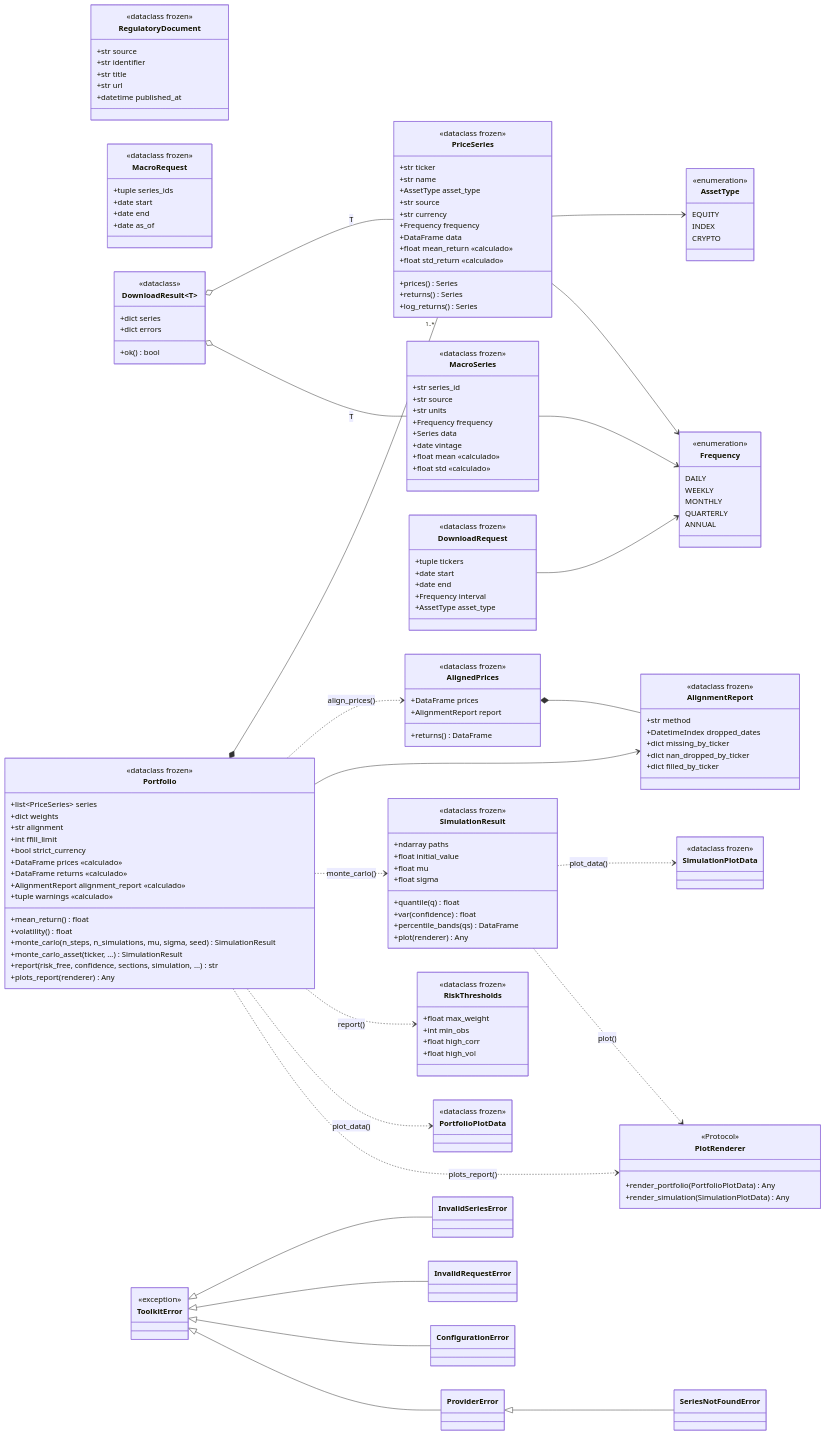
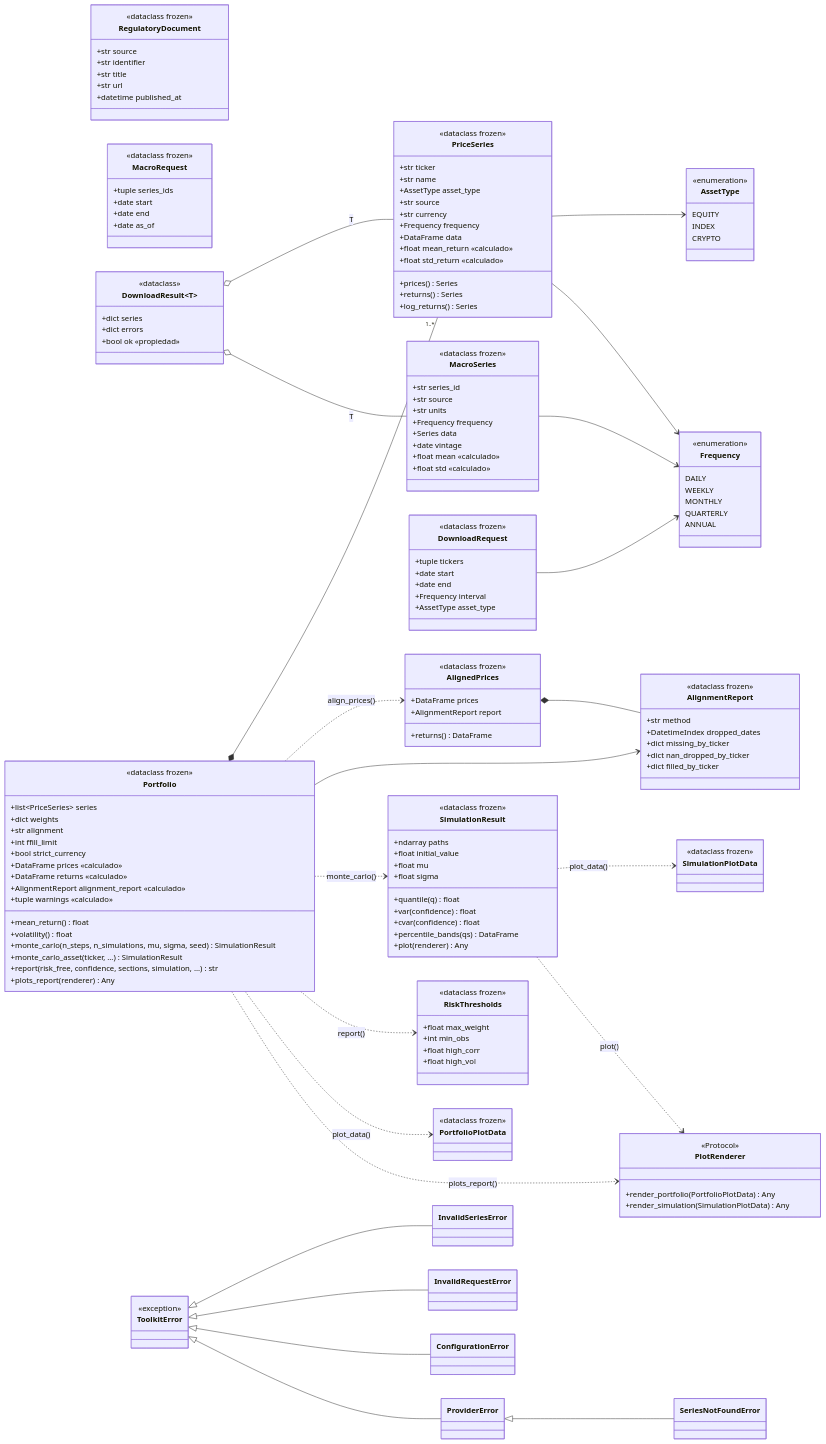
One commit to art3mvp/quant-finance-toolkit changed the second of 4 diagrams in docs/architecture.md. Above: the diagram before and after it, drawn with Mermaid. The commit also changed other lines of this file and 8 other files, not shown here.

```diff
--- a/docs/architecture.md
+++ b/docs/architecture.md
@@ -159,7 +170,7 @@
         <<dataclass>>
         +dict series
         +dict errors
-        +ok() bool
+        +bool ok «propiedad»
     }
     class Portfolio {
         <<dataclass frozen>>
@@ -201,6 +212,7 @@
         +float sigma
         +quantile(q) float
         +var(confidence) float
+        +cvar(confidence) float
         +percentile_bands(qs) DataFrame
         +plot(renderer) Any
     }
```
